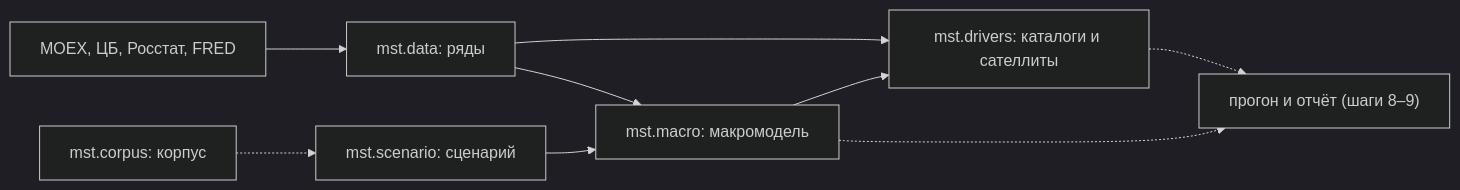
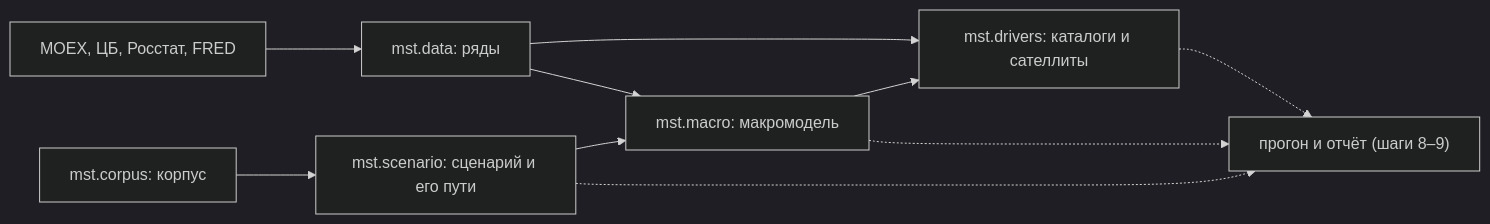
Before and after one commit to LeoLourson/MacroStress-DSH: the diagram in docs/architecture.md, drawn with Mermaid (dark theme). The commit also changed other lines of this file and 14 other files, not shown here.

````diff
--- a/docs/architecture.md
+++ b/docs/architecture.md
@@ -5,11 +5,12 @@
 ```mermaid
 flowchart LR
     src["MOEX, ЦБ, Росстат, FRED"] --> data["mst.data: ряды"]
     data --> macro["mst.macro: макромодель"]
     data --> drivers["mst.drivers: каталоги и сателлиты"]
     macro --> drivers
-    corpus["mst.corpus: корпус"] -.-> scenario["mst.scenario: сценарий"]
+    corpus["mst.corpus: корпус"] --> scenario["mst.scenario: сценарий и его пути"]
     scenario --> macro
     drivers -.-> run["прогон и отчёт (шаги 8–9)"]
     macro -.-> run
+    scenario -.-> run
 ```
````
